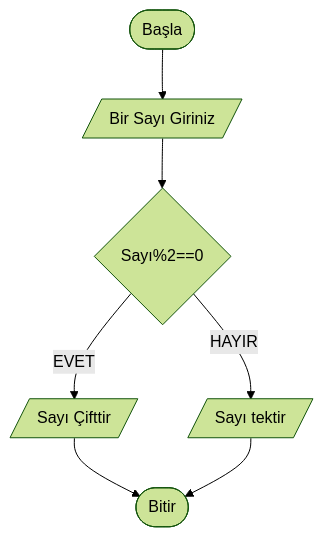
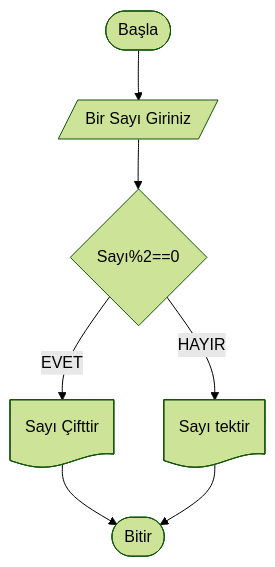
The second of 10 diagrams in Hafta_04_Akis_Diyagramlari_1.md (ibrahimayaz/Algoritma-ve-Programlamaya-Giris), drawn with Mermaid (forest theme) before and after one commit. The commit also changed other lines of this file, not shown here.

````diff
--- a/Hafta_04_Akis_Diyagramlari_1.md
+++ b/Hafta_04_Akis_Diyagramlari_1.md
@@ -68,11 +69,11 @@
 ```mermaid
 graph TD
     A([Başla]) --> B[/Bir Sayı Giriniz/]
     B --> C{Sayı%2==0}
     
-    C -- EVET --> D[/Sayı Çifttir/]
-    C -- HAYIR --> E[/Sayı tektir/]
+    C -- EVET --> D@{ shape: doc, label: "Sayı Çifttir" }
+    C -- HAYIR --> E@{ shape: doc, label: "Sayı tektir" }
     
     D --> F([Bitir])
     E --> F([Bitir])
 ```
````
